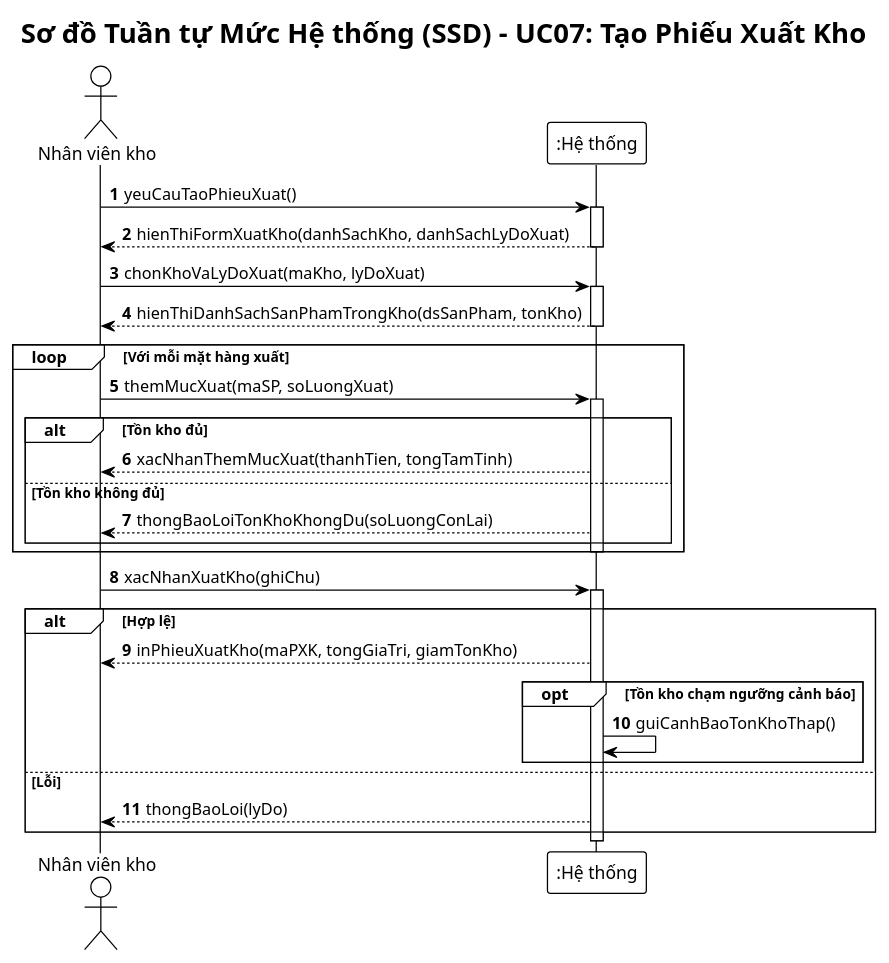
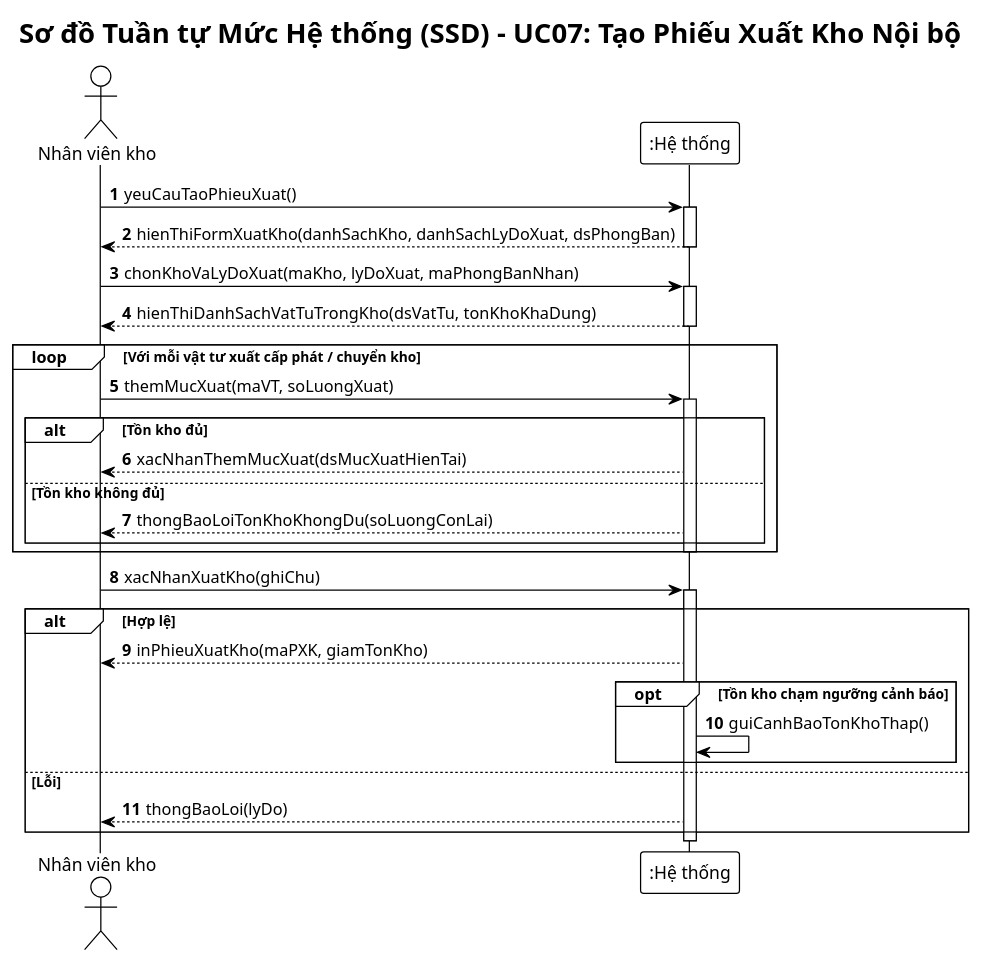
The second of 4 diagrams in BTL-QuanLyKhoHang/plantuml/ssd.puml (vuhoabinh2416137/G8_Quanlysanphamvakhohang), drawn with PlantUML before and after one commit. The commit also changed other lines of this file and 73 other files, not shown here.

Commit message:
refactor: chuyen doi toan bo du an sang Quan ly Kho vat tu noi bo to chuc va bo sung ke hoach phan cong 7 thanh vien

```diff
--- a/BTL-QuanLyKhoHang/plantuml/ssd.puml
+++ b/BTL-QuanLyKhoHang/plantuml/ssd.puml
@@ -39,44 +39,44 @@
 @startuml ssd-xuat-kho
 !theme plain
 autonumber
 skinparam responseMessageBelowArrow true
 skinparam defaultFontName "Arial"
 
-title Sơ đồ Tuần tự Mức Hệ thống (SSD) - UC07: Tạo Phiếu Xuất Kho
+title Sơ đồ Tuần tự Mức Hệ thống (SSD) - UC07: Tạo Phiếu Xuất Kho Nội bộ
 
 actor "Nhân viên kho" as NV
 participant ":Hệ thống" as Sys
 
 NV -> Sys: yeuCauTaoPhieuXuat()
 activate Sys
-Sys --> NV: hienThiFormXuatKho(danhSachKho, danhSachLyDoXuat)
+Sys --> NV: hienThiFormXuatKho(danhSachKho, danhSachLyDoXuat, dsPhongBan)
 deactivate Sys
 
-NV -> Sys: chonKhoVaLyDoXuat(maKho, lyDoXuat)
+NV -> Sys: chonKhoVaLyDoXuat(maKho, lyDoXuat, maPhongBanNhan)
 activate Sys
-Sys --> NV: hienThiDanhSachSanPhamTrongKho(dsSanPham, tonKho)
+Sys --> NV: hienThiDanhSachVatTuTrongKho(dsVatTu, tonKhoKhaDung)
 deactivate Sys
 
-loop Với mỗi mặt hàng xuất
-    NV -> Sys: themMucXuat(maSP, soLuongXuat)
+loop Với mỗi vật tư xuất cấp phát / chuyển kho
+    NV -> Sys: themMucXuat(maVT, soLuongXuat)
     activate Sys
     alt Tồn kho đủ
-        Sys --> NV: xacNhanThemMucXuat(thanhTien, tongTamTinh)
+        Sys --> NV: xacNhanThemMucXuat(dsMucXuatHienTai)
     else Tồn kho không đủ
         Sys --> NV: thongBaoLoiTonKhoKhongDu(soLuongConLai)
     end
     deactivate Sys
 end
 
 NV -> Sys: xacNhanXuatKho(ghiChu)
 activate Sys
 alt Hợp lệ
-    Sys --> NV: inPhieuXuatKho(maPXK, tongGiaTri, giamTonKho)
+    Sys --> NV: inPhieuXuatKho(maPXK, giamTonKho)
     opt Tồn kho chạm ngưỡng cảnh báo
         Sys -> Sys: guiCanhBaoTonKhoThap()
     end
 else Lỗi
     Sys --> NV: thongBaoLoi(lyDo)
 end
 deactivate Sys
 @enduml
```
